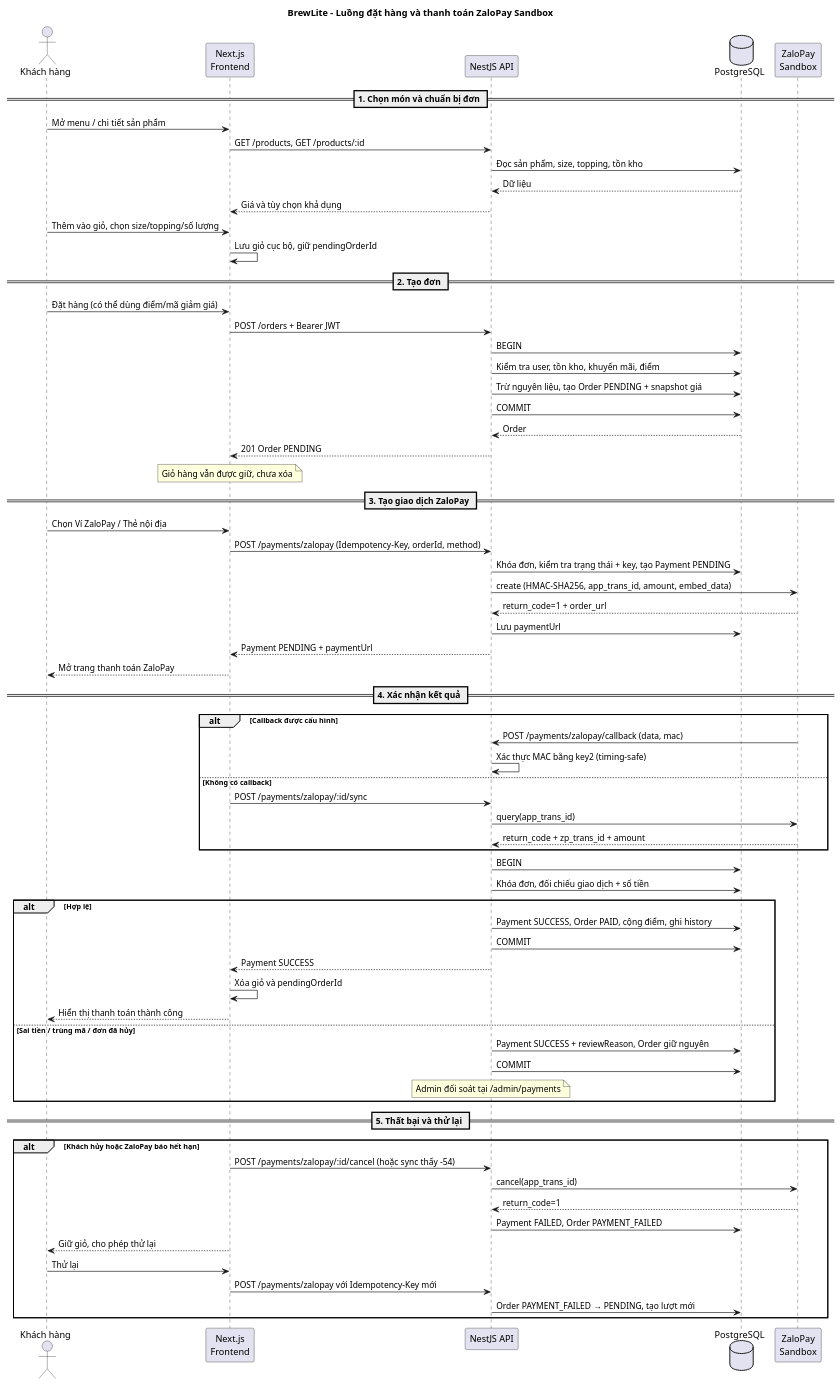
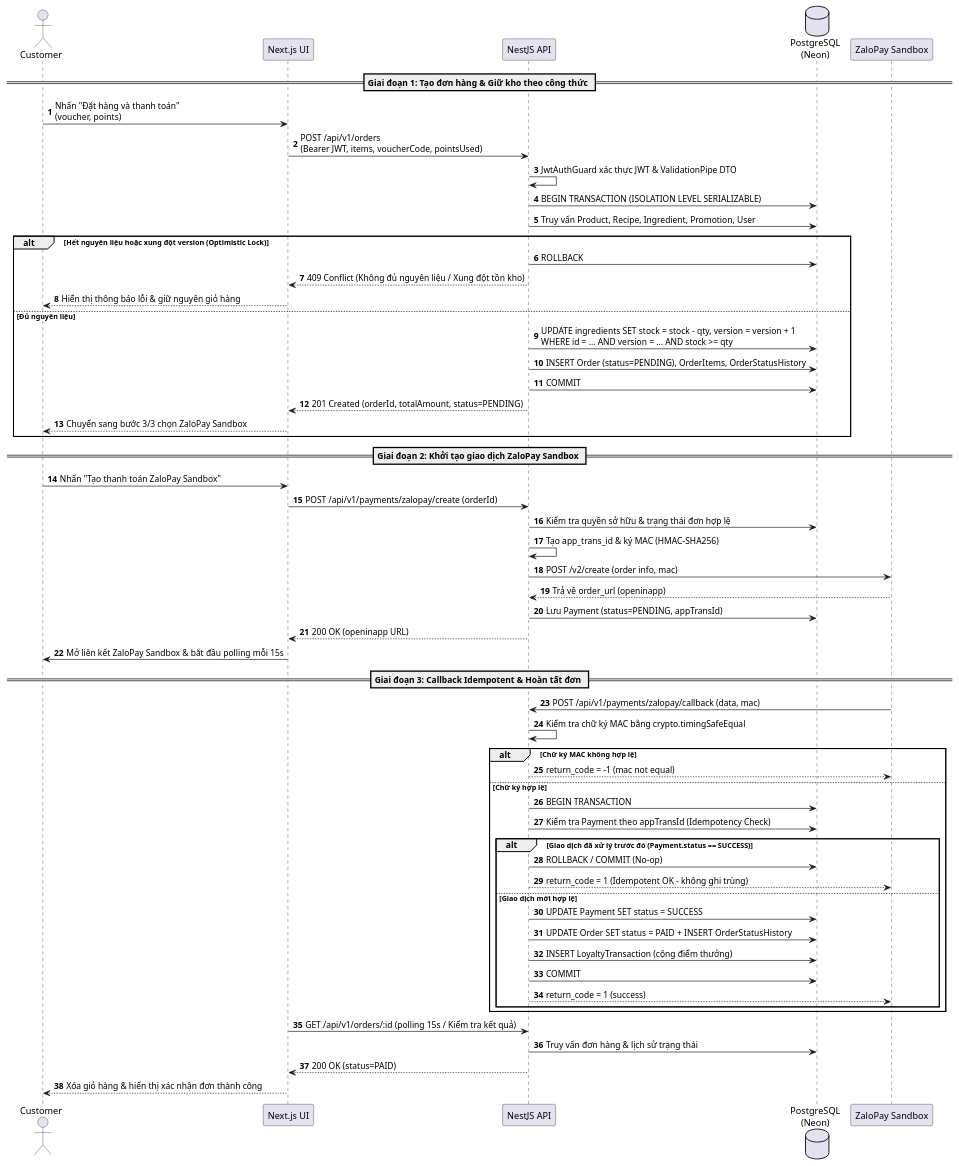
Before and after one commit to Call-MeK/BrewLite_assignment_2: the diagram in docs/diagrams/sequence-checkout.puml, drawn with PlantUML. The commit also changed 24 other files, not shown here.

```diff
--- a/docs/diagrams/sequence-checkout.puml
+++ b/docs/diagrams/sequence-checkout.puml
@@ -1,81 +1,63 @@
 @startuml sequence-checkout
-title BrewLite – Luồng đặt hàng và thanh toán ZaloPay Sandbox
+autonumber
+actor "Customer" as C
+participant "Next.js UI" as UI
+participant "NestJS API" as API
+database "PostgreSQL\n(Neon)" as DB
+participant "ZaloPay Sandbox" as ZP
 
-actor "Khách hàng" as Customer
-participant "Next.js\nFrontend" as FE
-participant "NestJS API" as API
-database "PostgreSQL" as DB
-participant "ZaloPay\nSandbox" as ZLP
+== Giai đoạn 1: Tạo đơn hàng & Giữ kho theo công thức ==
+C -> UI : Nhấn "Đặt hàng và thanh toán"\n(voucher, points)
+UI -> API : POST /api/v1/orders\n(Bearer JWT, items, voucherCode, pointsUsed)
+API -> API : JwtAuthGuard xác thực JWT & ValidationPipe DTO
 
-== 1. Chọn món và chuẩn bị đơn ==
-
-Customer -> FE: Mở menu / chi tiết sản phẩm
-FE -> API: GET /products, GET /products/:id
-API -> DB: Đọc sản phẩm, size, topping, tồn kho
-DB --> API: Dữ liệu
-API --> FE: Giá và tùy chọn khả dụng
-Customer -> FE: Thêm vào giỏ, chọn size/topping/số lượng
-FE -> FE: Lưu giỏ cục bộ, giữ pendingOrderId
-
-== 2. Tạo đơn ==
-
-Customer -> FE: Đặt hàng (có thể dùng điểm/mã giảm giá)
-FE -> API: POST /orders + Bearer JWT
-API -> DB: BEGIN
-API -> DB: Kiểm tra user, tồn kho, khuyến mãi, điểm
-API -> DB: Trừ nguyên liệu, tạo Order PENDING + snapshot giá
-API -> DB: COMMIT
-DB --> API: Order
-API --> FE: 201 Order PENDING
-Note over FE: Giỏ hàng vẫn được giữ, chưa xóa
-
-== 3. Tạo giao dịch ZaloPay ==
-
-Customer -> FE: Chọn Ví ZaloPay / Thẻ nội địa
-FE -> API: POST /payments/zalopay (Idempotency-Key, orderId, method)
-API -> DB: Khóa đơn, kiểm tra trạng thái + key, tạo Payment PENDING
-API -> ZLP: create (HMAC-SHA256, app_trans_id, amount, embed_data)
-ZLP --> API: return_code=1 + order_url
-API -> DB: Lưu paymentUrl
-API --> FE: Payment PENDING + paymentUrl
-FE --> Customer: Mở trang thanh toán ZaloPay
-
-== 4. Xác nhận kết quả ==
-
-alt Callback được cấu hình
-  ZLP -> API: POST /payments/zalopay/callback (data, mac)
-  API -> API: Xác thực MAC bằng key2 (timing-safe)
-else Không có callback
-  FE -> API: POST /payments/zalopay/:id/sync
-  API -> ZLP: query(app_trans_id)
-  ZLP --> API: return_code + zp_trans_id + amount
+API -> DB : BEGIN TRANSACTION (ISOLATION LEVEL SERIALIZABLE)
+API -> DB : Truy vấn Product, Recipe, Ingredient, Promotion, User
+alt Hết nguyên liệu hoặc xung đột version (Optimistic Lock)
+  API -> DB : ROLLBACK
+  API --> UI : 409 Conflict (Không đủ nguyên liệu / Xung đột tồn kho)
+  UI --> C : Hiển thị thông báo lỗi & giữ nguyên giỏ hàng
+else Đủ nguyên liệu
+  API -> DB : UPDATE ingredients SET stock = stock - qty, version = version + 1\nWHERE id = ... AND version = ... AND stock >= qty
+  API -> DB : INSERT Order (status=PENDING), OrderItems, OrderStatusHistory
+  API -> DB : COMMIT
+  API --> UI : 201 Created (orderId, totalAmount, status=PENDING)
+  UI --> C : Chuyển sang bước 3/3 chọn ZaloPay Sandbox
 end
 
-API -> DB: BEGIN
-API -> DB: Khóa đơn, đối chiếu giao dịch + số tiền
-alt Hợp lệ
-  API -> DB: Payment SUCCESS, Order PAID, cộng điểm, ghi history
-  API -> DB: COMMIT
-  API --> FE: Payment SUCCESS
-  FE -> FE: Xóa giỏ và pendingOrderId
-  FE --> Customer: Hiển thị thanh toán thành công
-else Sai tiền / trùng mã / đơn đã hủy
-  API -> DB: Payment SUCCESS + reviewReason, Order giữ nguyên
-  API -> DB: COMMIT
-  Note over API: Admin đối soát tại /admin/payments
+== Giai đoạn 2: Khởi tạo giao dịch ZaloPay Sandbox ==
+C -> UI : Nhấn "Tạo thanh toán ZaloPay Sandbox"
+UI -> API : POST /api/v1/payments/zalopay/create (orderId)
+API -> DB : Kiểm tra quyền sở hữu & trạng thái đơn hợp lệ
+API -> API : Tạo app_trans_id & ký MAC (HMAC-SHA256)
+API -> ZP : POST /v2/create (order info, mac)
+ZP --> API : Trả về order_url (openinapp)
+API -> DB : Lưu Payment (status=PENDING, appTransId)
+API --> UI : 200 OK (openinapp URL)
+UI -> C : Mở liên kết ZaloPay Sandbox & bắt đầu polling mỗi 15s
+
+== Giai đoạn 3: Callback Idempotent & Hoàn tất đơn ==
+ZP -> API : POST /api/v1/payments/zalopay/callback (data, mac)
+API -> API : Kiểm tra chữ ký MAC bằng crypto.timingSafeEqual
+alt Chữ ký MAC không hợp lệ
+  API --> ZP : return_code = -1 (mac not equal)
+else Chữ ký hợp lệ
+  API -> DB : BEGIN TRANSACTION
+  API -> DB : Kiểm tra Payment theo appTransId (Idempotency Check)
+  alt Giao dịch đã xử lý trước đó (Payment.status == SUCCESS)
+    API -> DB : ROLLBACK / COMMIT (No-op)
+    API --> ZP : return_code = 1 (Idempotent OK - không ghi trùng)
+  else Giao dịch mới hợp lệ
+    API -> DB : UPDATE Payment SET status = SUCCESS
+    API -> DB : UPDATE Order SET status = PAID + INSERT OrderStatusHistory
+    API -> DB : INSERT LoyaltyTransaction (cộng điểm thưởng)
+    API -> DB : COMMIT
+    API --> ZP : return_code = 1 (success)
+  end
 end
 
-== 5. Thất bại và thử lại ==
-
-alt Khách hủy hoặc ZaloPay báo hết hạn
-  FE -> API: POST /payments/zalopay/:id/cancel (hoặc sync thấy -54)
-  API -> ZLP: cancel(app_trans_id)
-  ZLP --> API: return_code=1
-  API -> DB: Payment FAILED, Order PAYMENT_FAILED
-  FE --> Customer: Giữ giỏ, cho phép thử lại
-  Customer -> FE: Thử lại
-  FE -> API: POST /payments/zalopay với Idempotency-Key mới
-  API -> DB: Order PAYMENT_FAILED → PENDING, tạo lượt mới
-end
-
+UI -> API : GET /api/v1/orders/:id (polling 15s / Kiểm tra kết quả)
+API -> DB : Truy vấn đơn hàng & lịch sử trạng thái
+API --> UI : 200 OK (status=PAID)
+UI --> C : Xóa giỏ hàng & hiển thị xác nhận đơn thành công
 @enduml
```
